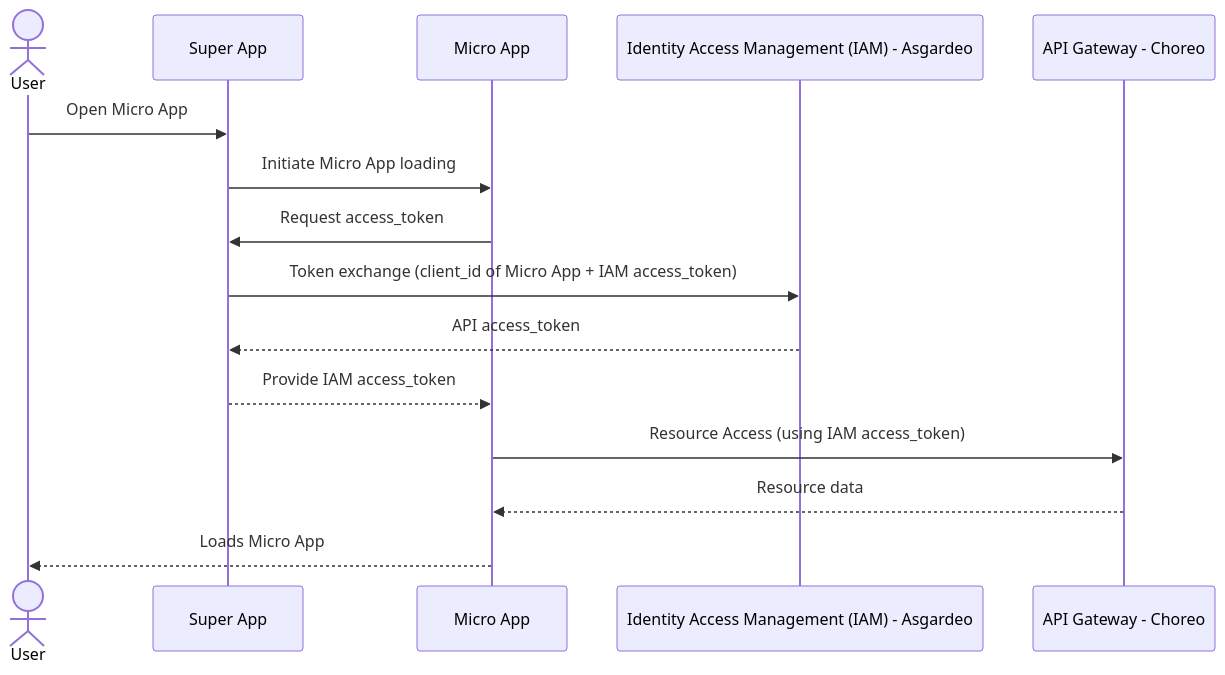
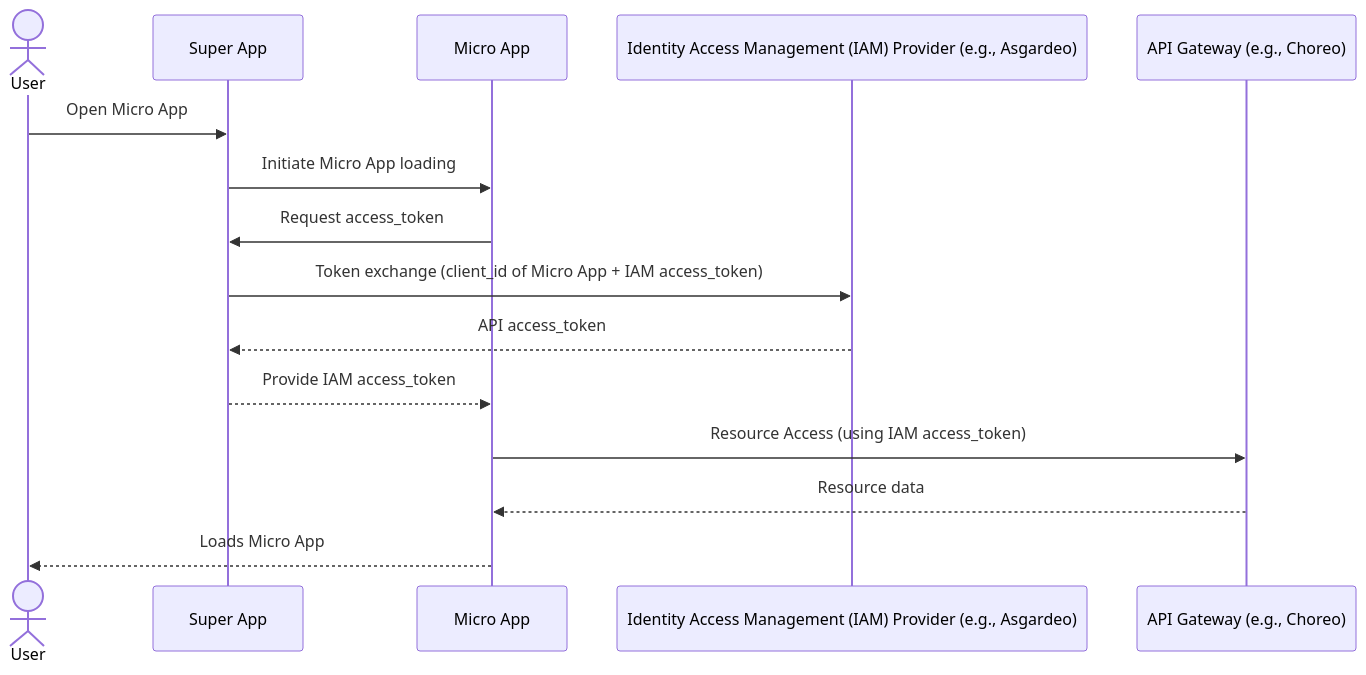
Before and after one commit to opensuperapp/opensuperapp: the second of 2 diagrams in frontend/README.md, drawn with Mermaid. The commit also changed other lines of this file, not shown here.

````diff
--- a/frontend/README.md
+++ b/frontend/README.md
@@ -88,18 +90,18 @@
 ```mermaid
 sequenceDiagram
     actor User
     participant Super App
     participant Micro App
-    participant IAM as Identity Access Management (IAM) - Asgardeo
-    participant Choreo as API Gateway - Choreo
+    participant IAM as Identity Access Management (IAM) Provider (e.g., Asgardeo)
+    participant Gateway as API Gateway (e.g., Choreo)
 
     User ->> Super App: Open Micro App
     Super App ->> Micro App: Initiate Micro App loading
     Micro App ->> Super App: Request access_token
     Super App ->> IAM: Token exchange (client_id of Micro App + IAM access_token)
     IAM -->> Super App: API access_token
     Super App -->> Micro App: Provide IAM access_token
-    Micro App ->> Choreo: Resource Access (using IAM access_token)
-    Choreo -->> Micro App: Resource data
+    Micro App ->> Gateway: Resource Access (using IAM access_token)
+    Gateway -->> Micro App: Resource data
     Micro App -->> User: Loads Micro App
 ```
````
